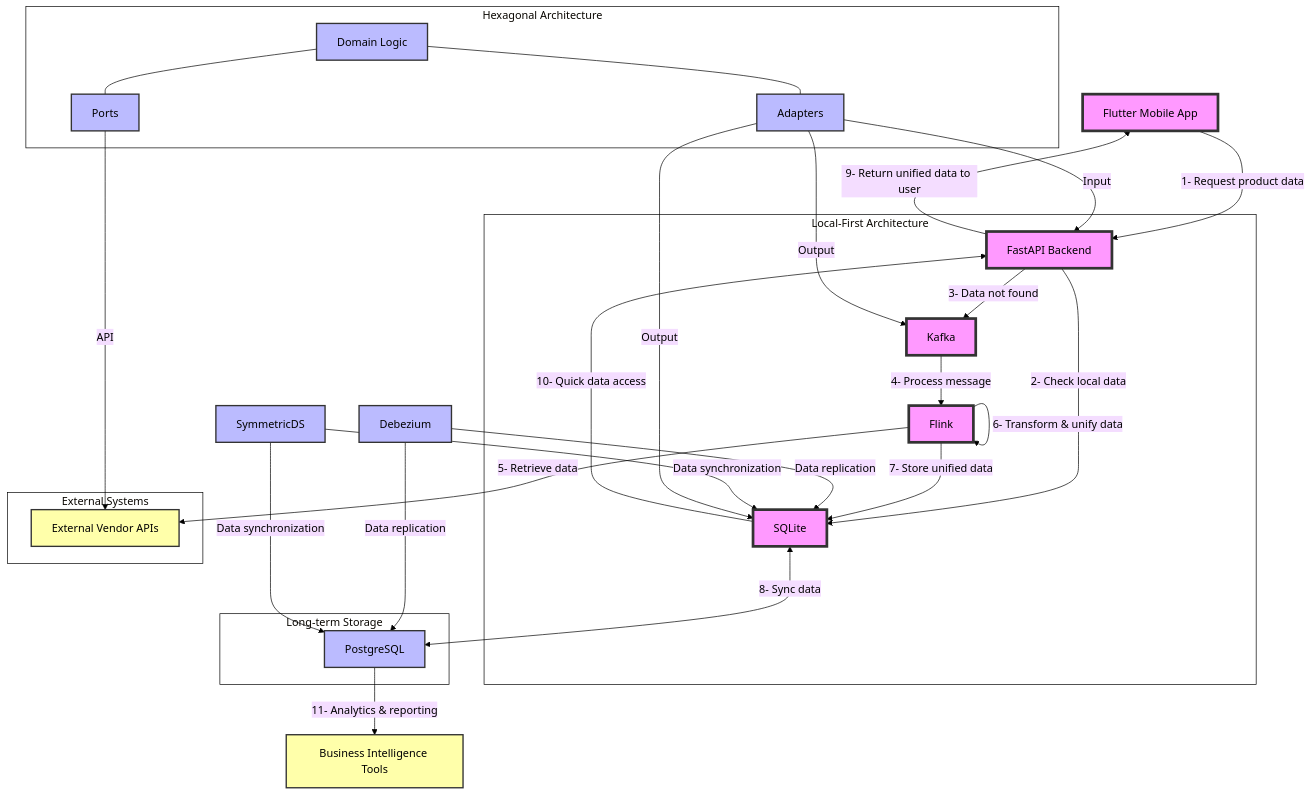
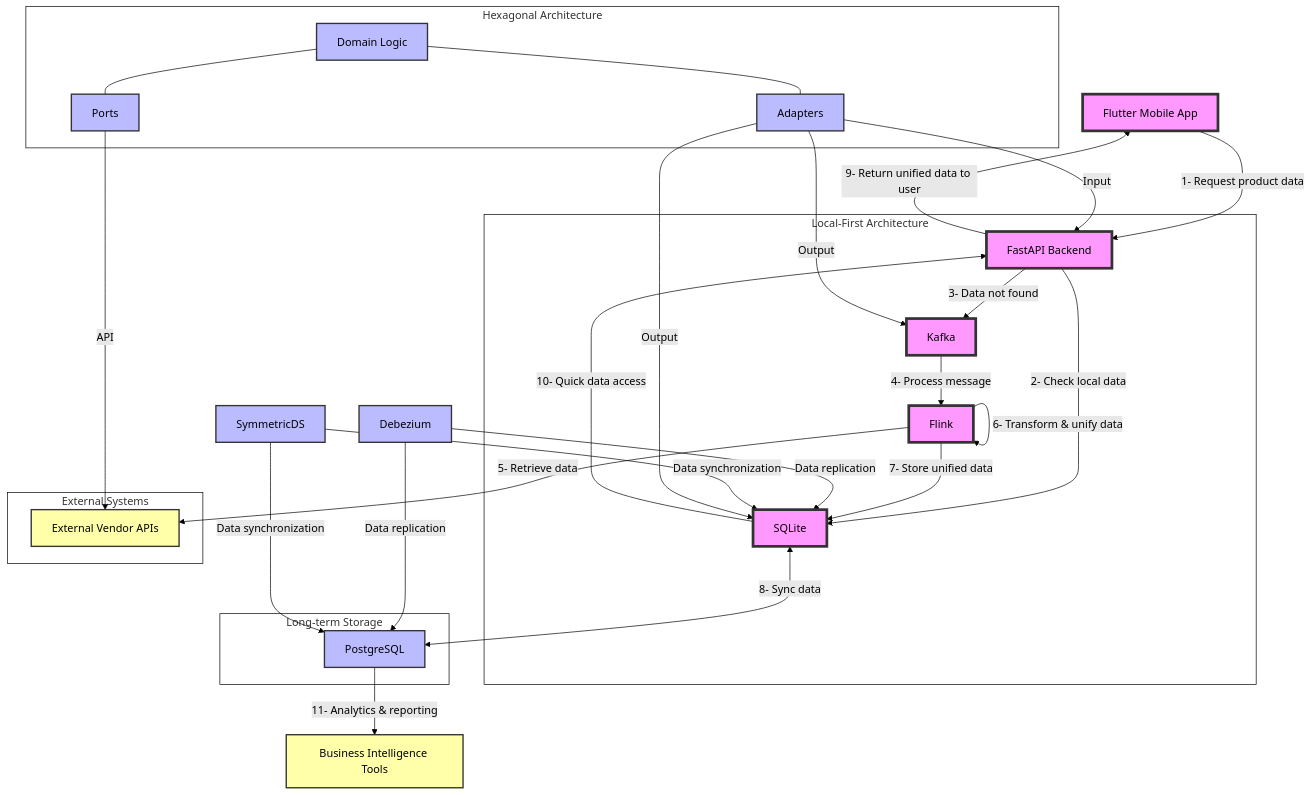
The first of 2 diagrams in readme.md (cheryiit/multivendor-catalog), drawn with Mermaid before and after one commit.

````diff
--- a/readme.md
+++ b/readme.md
@@ -6,68 +6,68 @@
 ```mermaid
 %%{
   init: {
-    'theme': 'base',
+    'theme': 'forest',
     'themeVariables': {
       'background': '#ffffff',
       'primaryTextColor': '#000000',
       'lineColor': '#000000',
       'fontFamily': 'arial',
       'clusterBkg': '#ffffff',
       'clusterBorder': '#000000'
     }
   }
 }%%
 graph TD
     A[Flutter Mobile App] -->|1- Request product data| B[FastAPI Backend]
     B -->|2- Check local data| C[SQLite]
     B -->|3- Data not found| D[Kafka]
     D -->|4- Process message| E[Flink]
     E -->|5- Retrieve data| F[External Vendor APIs]
     E -->|6- Transform & unify data| E
     E -->|7- Store unified data| C
     C <-->|8- Sync data| G[PostgreSQL]
 
     subgraph "Local-First Architecture"
         B
         C
         D
         E
     end
 
     subgraph "External Systems"
         F
     end
 
     subgraph "Long-term Storage"
         G
     end
 
     H[Debezium] -->|Data replication| C
     H -->|Data replication| G
     I[SymmetricDS] -->|Data synchronization| C
     I -->|Data synchronization| G
 
     subgraph "Hexagonal Architecture"
         J[Domain Logic]
         K[Adapters]
         L[Ports]
         J --- K
         J --- L
         K -->|Input| B
         K -->|Output| C
         K -->|Output| D
         L -->|API| F
     end
 
     B -->|9- Return unified data to user| A
     C -->|10- Quick data access| B
     G -->|11- Analytics & reporting| M[Business Intelligence Tools]
 
     classDef primary fill:#f9f,stroke:#333,stroke-width:4px;
     classDef secondary fill:#bbf,stroke:#333,stroke-width:2px;
     classDef external fill:#ffa,stroke:#333,stroke-width:2px;
 
     class A,B,C,D,E primary;
     class G,H,I,J,K,L secondary;
     class F,M external;
 ```
````
